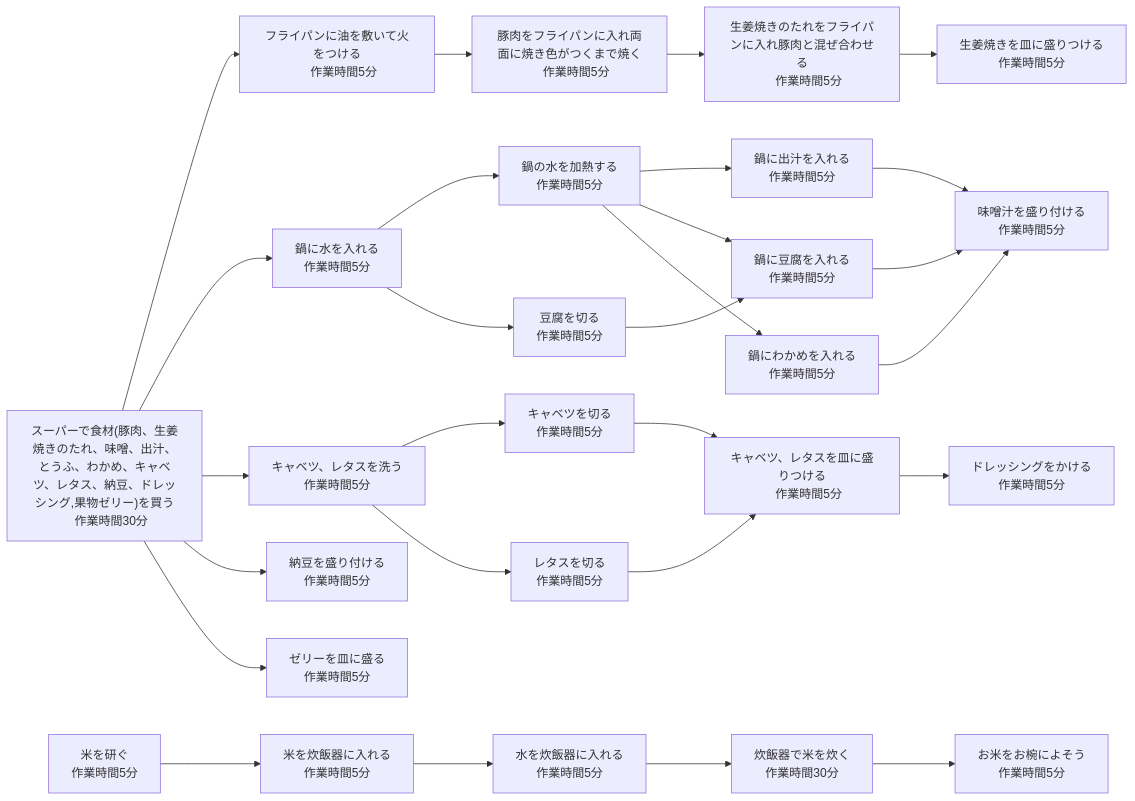
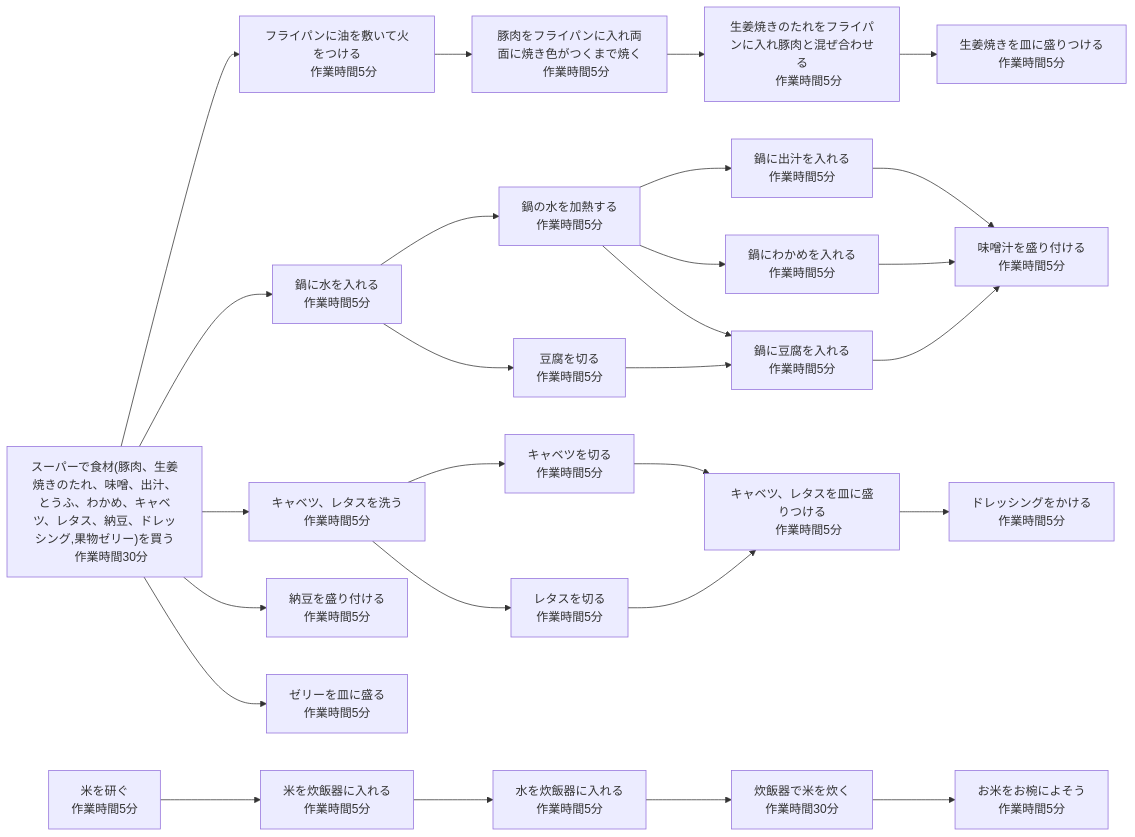
Before and after one commit to allface017/Teisyoku: the diagram in WBS_1_5_izon.md, drawn with Mermaid.

Commit message:
依存関係図の作成

````diff
--- a/WBS_1_5_izon.md
+++ b/WBS_1_5_izon.md
@@ -1,78 +1,78 @@
 ```mermaid
 flowchart LR
     super["スーパーで食材(豚肉、生姜焼きのたれ、味噌、出汁、とうふ、わかめ、キャベツ、レタス、納豆、ドレッシング,果物ゼリー)を買う
     作業時間30分"]
     rise1["米を研ぐ
     作業時間5分"]
     rise2["米を炊飯器に入れる
     作業時間5分"]
     rise3["水を炊飯器に入れる
     作業時間5分"]
     rise4["炊飯器で米を炊く
     作業時間30分"]
     rise5["お米をお椀によそう
     作業時間5分"]
     rise1-->rise2
     rise2-->rise3
     rise3-->rise4
     rise4-->rise5
     meat1["フライパンに油を敷いて火をつける
     作業時間5分"]
     meat2["豚肉をフライパンに入れ両面に焼き色がつくまで焼く
     作業時間5分"]
     meat3["生姜焼きのたれをフライパンに入れ豚肉と混ぜ合わせる
     作業時間5分"]
     meat4["生姜焼きを皿に盛りつける
     作業時間5分"]
     super-->meat1
     meat1-->meat2
     meat2-->meat3
     meat3-->meat4
     miso1["鍋に水を入れる
     作業時間5分"]
     miso2["鍋の水を加熱する
     作業時間5分"]
     miso3["豆腐を切る
     作業時間5分"]
     miso4["鍋に出汁を入れる
     作業時間5分"]
-    miso5["鍋に豆腐を入れる
+    miso5["鍋にわかめを入れる
     作業時間5分"]
-    miso6["鍋にわかめを入れる
+    miso6["鍋に豆腐を入れる
     作業時間5分"]
     miso7["味噌汁を盛り付ける
     作業時間5分"]
     super-->miso1
     miso1-->miso2
     miso1-->miso3
-    miso3-->miso5
+    miso3-->miso6
     miso2-->miso4
     miso2-->miso5
     miso2-->miso6
     miso4-->miso7
     miso5-->miso7
     miso6-->miso7
     sarada1["キャベツ、レタスを洗う
     作業時間5分"]
     sarada2["キャベツを切る
     作業時間5分"]
     sarada3["レタスを切る
     作業時間5分"]
     sarada4["キャベツ、レタスを皿に盛りつける
     作業時間5分"]
     sarada5["ドレッシングをかける
     作業時間5分"]
     sarada6["納豆を盛り付ける
     作業時間5分"]
     super-->sarada1
     super-->sarada6
     sarada1-->sarada2
     sarada1-->sarada3
     sarada2-->sarada4
     sarada3-->sarada4
     sarada4-->sarada5
     zeri["ゼリーを皿に盛る
     作業時間5分"]
     super-->zeri
     
 ```
````
